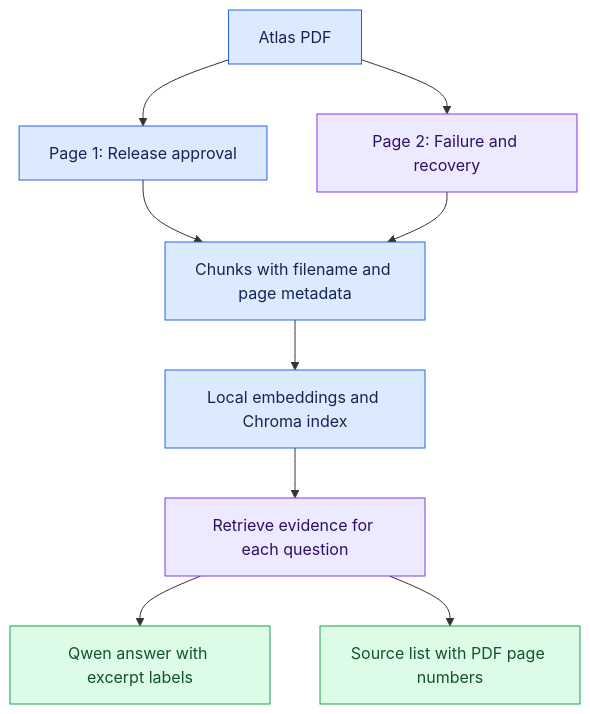
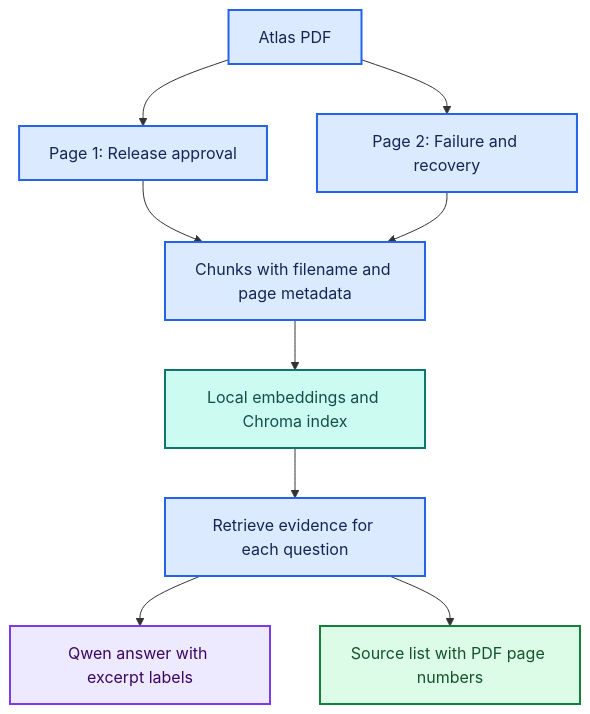
Before and after one commit to anne500/document-rag-qa-agent: the diagram in guides/VISUAL_GUIDE.md, drawn with Mermaid.

Commit message:
Apply shared architecture colors and visual conventions

````diff
--- a/guides/VISUAL_GUIDE.md
+++ b/guides/VISUAL_GUIDE.md
@@ -7,19 +7,25 @@
 ```mermaid
 flowchart TD
     A["Atlas PDF"] --> B["Page 1: Release approval"]
     A --> C["Page 2: Failure and recovery"]
     B --> D["Chunks with filename and page metadata"]
     C --> D
     D --> E["Local embeddings and Chroma index"]
     E --> F["Retrieve evidence for each question"]
     F --> G["Qwen answer with excerpt labels"]
     F --> H["Source list with PDF page numbers"]
-    style A fill:#dbeafe,stroke:#2563eb,color:#172554
-    style B fill:#dbeafe,stroke:#2563eb,color:#172554
-    style C fill:#ede9fe,stroke:#7c3aed,color:#2e1065
-    style D fill:#dbeafe,stroke:#2563eb,color:#172554
-    style E fill:#dbeafe,stroke:#2563eb,color:#172554
-    style F fill:#ede9fe,stroke:#7c3aed,color:#2e1065
-    style G fill:#dcfce7,stroke:#16a34a,color:#14532d
-    style H fill:#dcfce7,stroke:#16a34a,color:#14532d
+
+    %% Shared architecture palette: see VISUAL_STYLE.md
+    classDef default fill:#F8FAFC,stroke:#475569,color:#0F172A,stroke-width:2px;
+    classDef process fill:#DBEAFE,stroke:#2563EB,color:#172554,stroke-width:2px;
+    classDef model fill:#EDE9FE,stroke:#7C3AED,color:#3B0764,stroke-width:2px;
+    classDef store fill:#CCFBF1,stroke:#0F766E,color:#134E4A,stroke-width:2px;
+    classDef decision fill:#FEF3C7,stroke:#B45309,color:#78350F,stroke-width:2px;
+    classDef human fill:#FFEDD5,stroke:#C2410C,color:#7C2D12,stroke-width:2px;
+    classDef output fill:#DCFCE7,stroke:#15803D,color:#14532D,stroke-width:2px;
+    classDef failure fill:#FEE2E2,stroke:#B91C1C,color:#7F1D1D,stroke-width:2px;
+    class A,B,C,D,F process;
+    class G model;
+    class E store;
+    class H output;
 ```
````
